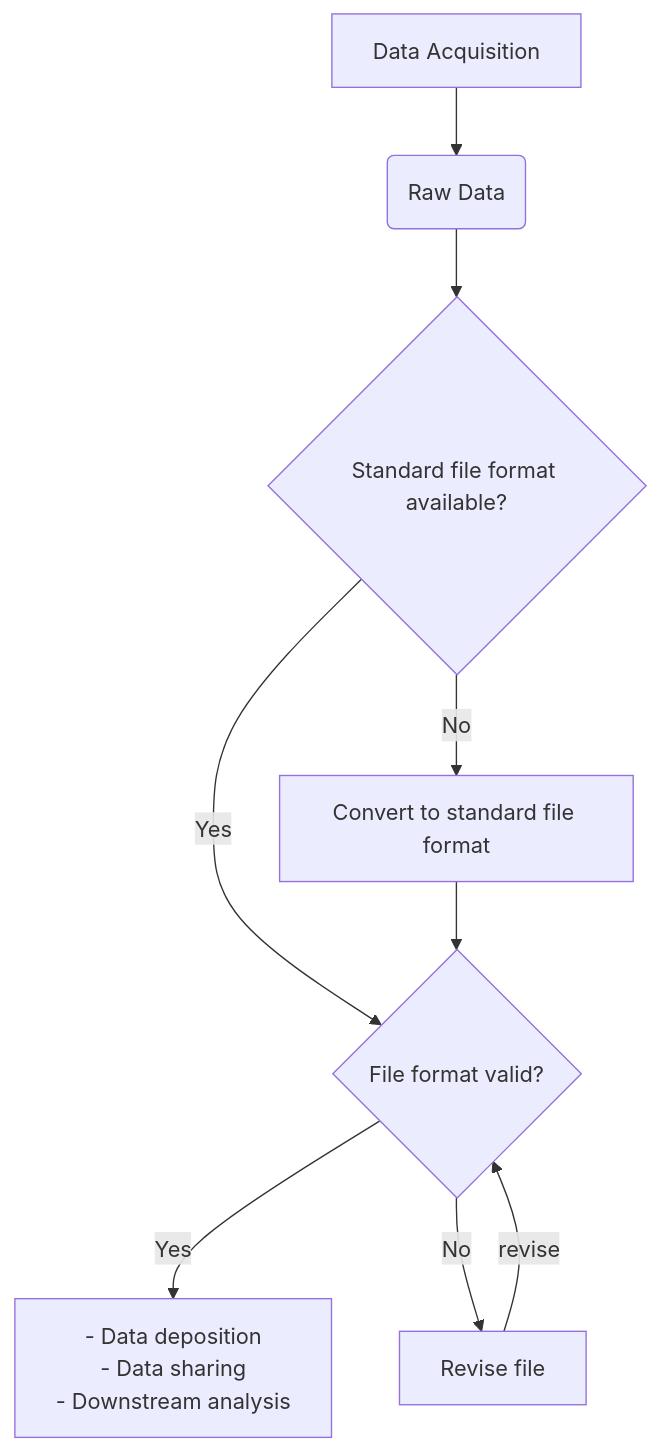
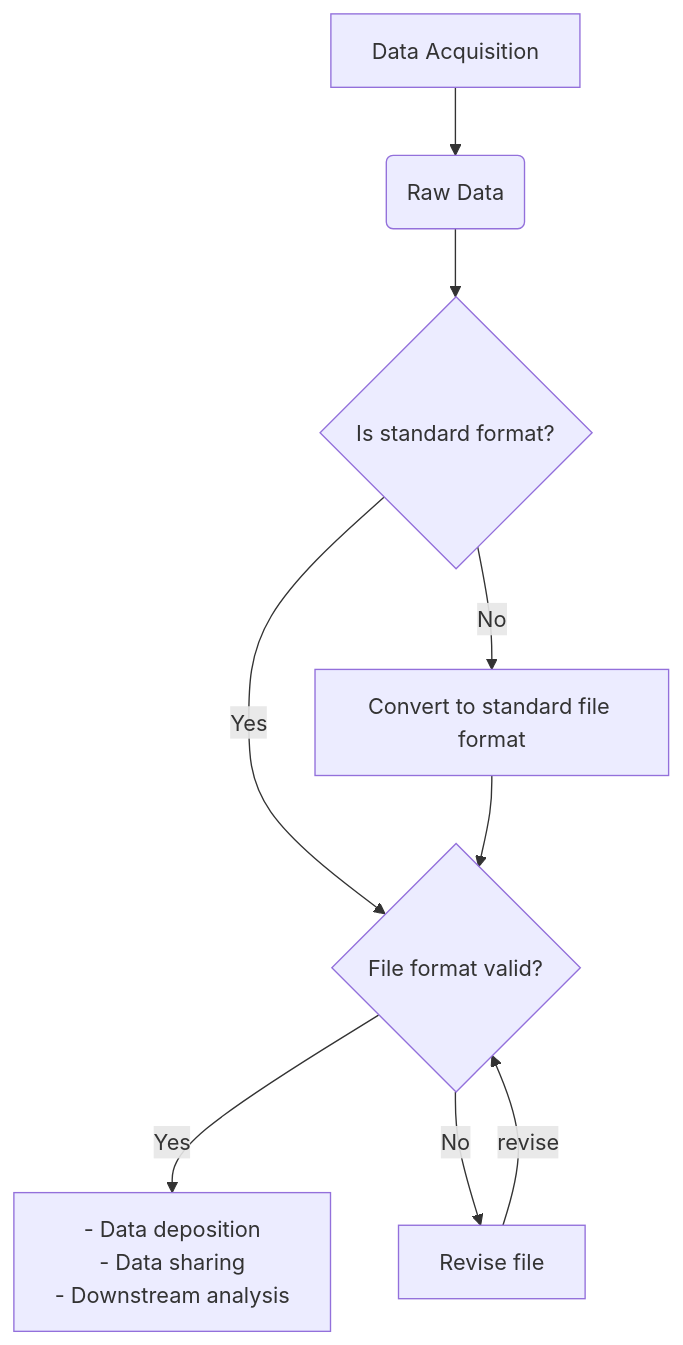
The diagram in docs/content/recipes/interoperability/fastq-file-format-validators.md (FAIRplus/the-fair-cookbook), drawn with Mermaid before and after one commit. The commit also changed other lines of this file, not shown here.

````diff
--- a/docs/content/recipes/interoperability/fastq-file-format-validators.md
+++ b/docs/content/recipes/interoperability/fastq-file-format-validators.md
@@ -15,12 +15,12 @@
 ```mermaid
 graph TD;
     A[Data Acquisition] -->B(Raw Data)
-    B --> C{Standard file format available?}
+    B --> C{Is standard format?}
     C -->|Yes| D{File format valid?}
     C -->|No| E[Convert to standard file format]
     D --> |Yes|F[- Data deposition </br>  - Data sharing </br>  - Downstream analysis ]
     D --> |No|G[Revise file]
     E -->  D
     G --> |revise|D
     
 ```
````
